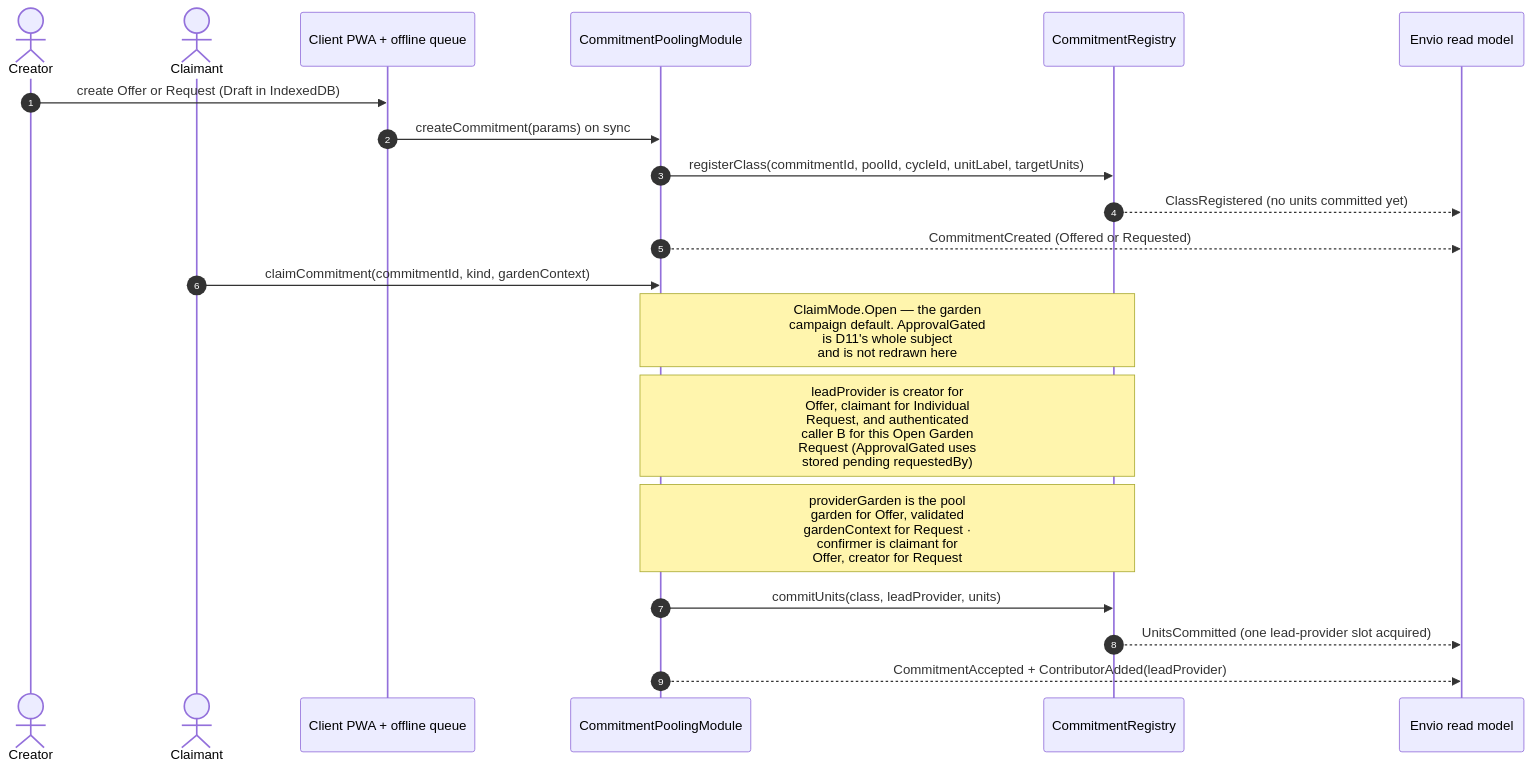
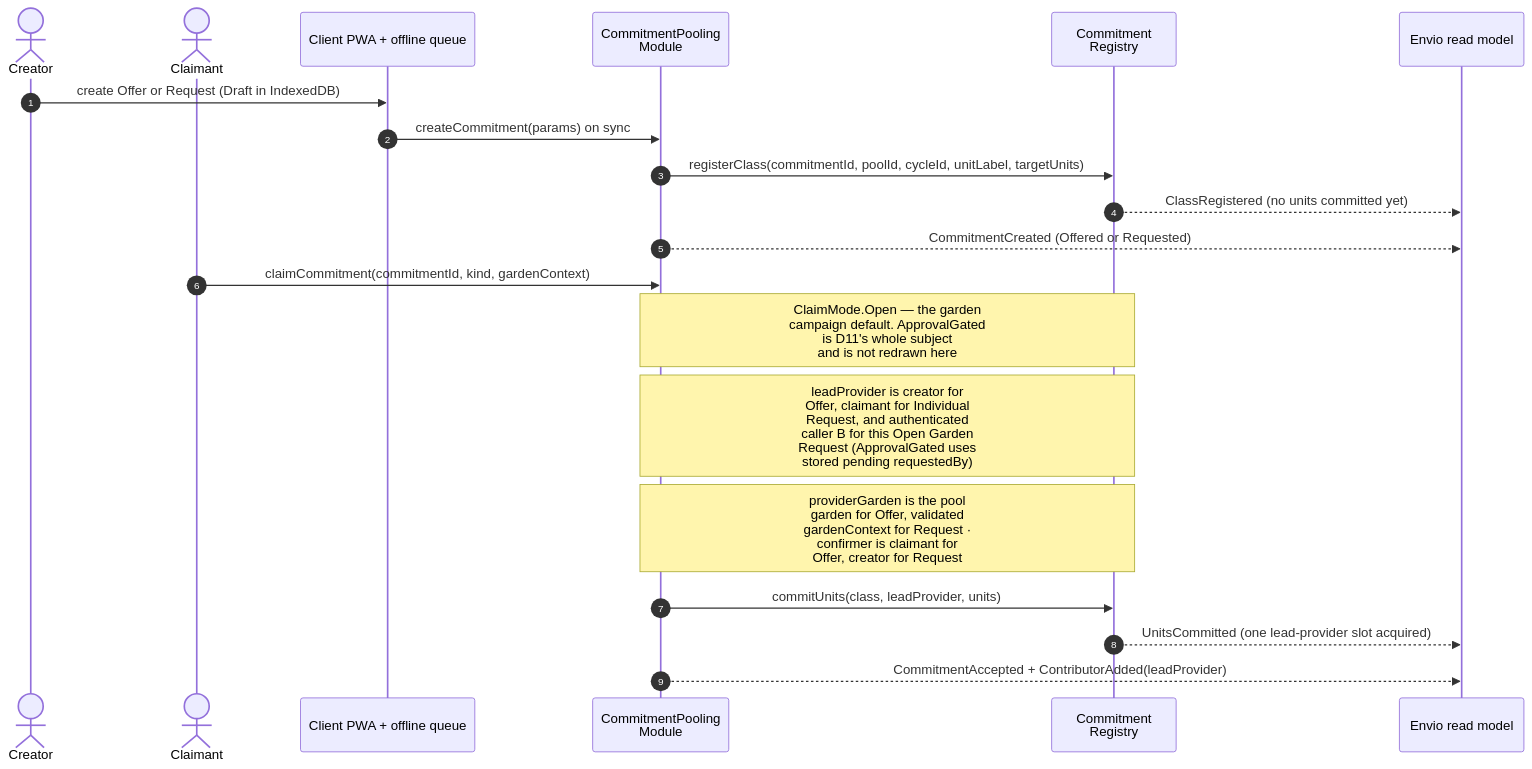
One commit to greenpill-dev-guild/green-goods changed the sixth of 38 diagrams in .plans/active/commitment-pooling/diagrams.md. Above: the diagram before and after it, drawn with Mermaid. The commit also changed other lines of this file and 8 other files, not shown here.

````diff
--- a/.plans/active/commitment-pooling/diagrams.md
+++ b/.plans/active/commitment-pooling/diagrams.md
@@ -321,23 +472,23 @@
 ```mermaid
 sequenceDiagram
   autonumber
   actor A as Creator
   actor B as Claimant
   participant PWA as Client PWA + offline queue
-  participant M as CommitmentPoolingModule
-  participant R as CommitmentRegistry
+  participant M as CommitmentPooling<br/>Module
+  participant R as Commitment<br/>Registry
   participant IDX as Envio read model
 
   A->>PWA: create Offer or Request (Draft in IndexedDB)
   PWA->>M: createCommitment(params) on sync
   M->>R: registerClass(commitmentId, poolId, cycleId, unitLabel, targetUnits)
   R-->>IDX: ClassRegistered (no units committed yet)
   M-->>IDX: CommitmentCreated (Offered or Requested)
   B->>M: claimCommitment(commitmentId, kind, gardenContext)
   Note over M,R: ClaimMode.Open — the garden<br/>campaign default. ApprovalGated<br/>is D11's whole subject<br/>and is not redrawn here
   Note over M,R: leadProvider is creator for<br/>Offer, claimant for Individual<br/>Request, and authenticated<br/>caller B for this Open Garden<br/>Request (ApprovalGated uses<br/>stored pending requestedBy)
   Note over M,R: providerGarden is the pool<br/>garden for Offer, validated<br/>gardenContext for Request ·<br/>confirmer is claimant for<br/>Offer, creator for Request
   M->>R: commitUnits(class, leadProvider, units)
   R-->>IDX: UnitsCommitted (one lead-provider slot acquired)
   M-->>IDX: CommitmentAccepted + ContributorAdded(leadProvider)
 ```
````
